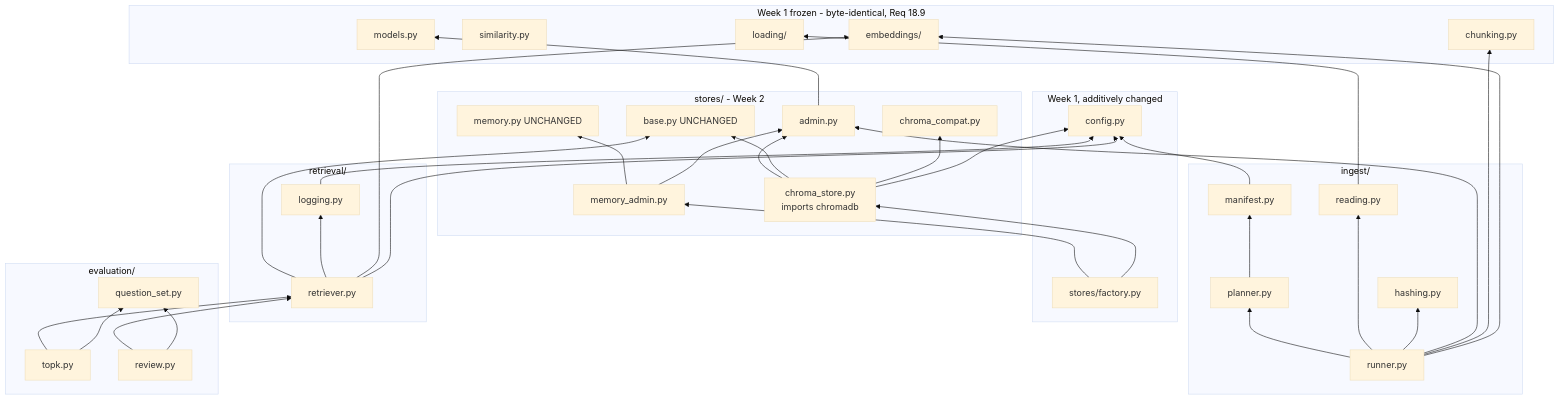
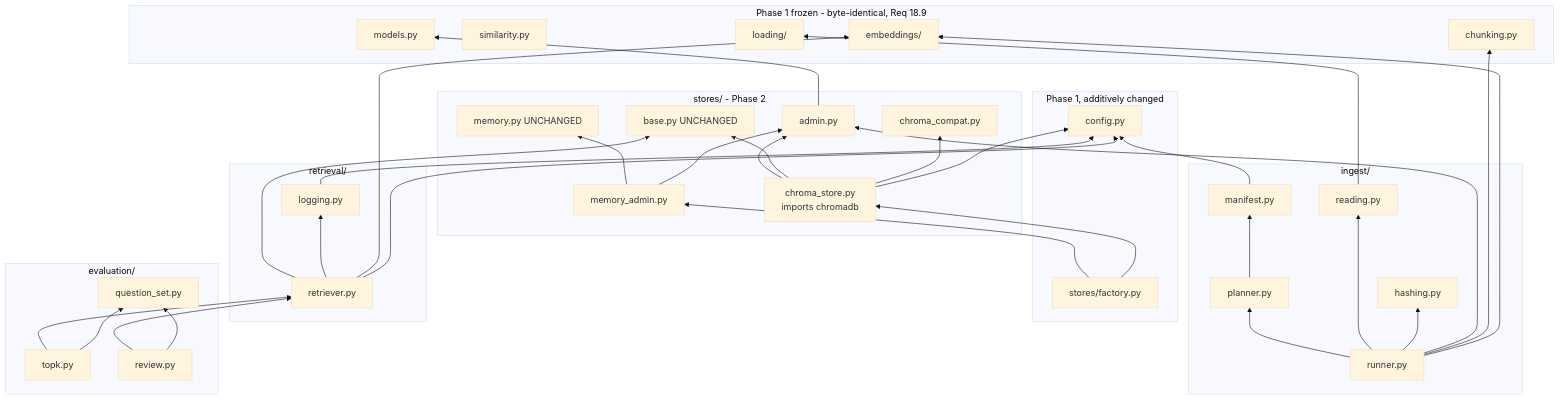
Before and after one commit to Iddrisusalima/ask-my-notes: the fourth of 4 diagrams in .kiro/specs/vector-db-retrieval/design.md, drawn with Mermaid (base theme). The commit also changed other lines of this file and 26 other files, not shown here.

First line of the commit message:
Rename Week 1/2/3 to Phase 1/2/3 throughout

````diff
--- a/.kiro/specs/vector-db-retrieval/design.md
+++ b/.kiro/specs/vector-db-retrieval/design.md
@@ -326,71 +326,71 @@
 ```mermaid
 flowchart BT
-    subgraph frozen["Week 1 frozen - byte-identical, Req 18.9"]
+    subgraph frozen["Phase 1 frozen - byte-identical, Req 18.9"]
         chunking[chunking.py]
         similarity[similarity.py]
         loading[loading/]
         embeddings[embeddings/]
         models[models.py]
     end
 
-    subgraph changed["Week 1, additively changed"]
+    subgraph changed["Phase 1, additively changed"]
         config[config.py]
         factory[stores/factory.py]
     end
 
-    subgraph storesw2["stores/ - Week 2"]
+    subgraph storesw2["stores/ - Phase 2"]
         base[base.py UNCHANGED]
         memory[memory.py UNCHANGED]
         admin[admin.py]
         memadmin[memory_admin.py]
         chroma[chroma_store.py<br/>imports chromadb]
         compat[chroma_compat.py]
     end
 
     subgraph retr["retrieval/"]
         retriever[retriever.py]
         rlog[logging.py]
     end
 
     subgraph ing["ingest/"]
         hashing[hashing.py]
         reading[reading.py]
         manifest[manifest.py]
         planner[planner.py]
         runner[runner.py]
     end
 
     subgraph eval["evaluation/"]
         qset[question_set.py]
         topk[topk.py]
         review[review.py]
     end
 
     admin --> models
     memadmin --> memory
     memadmin --> admin
     chroma --> admin
     chroma --> base
     chroma --> compat
     chroma --> config
     retriever --> base
     retriever --> rlog
     retriever --> embeddings
     retriever --> config
     rlog --> config
     reading --> loading
     manifest --> config
     planner --> manifest
     runner --> planner
     runner --> reading
     runner --> hashing
     runner --> admin
     runner --> chunking
     runner --> embeddings
     factory --> memadmin
     factory --> chroma
     topk --> retriever
     review --> retriever
     topk --> qset
     review --> qset
 ```
````
